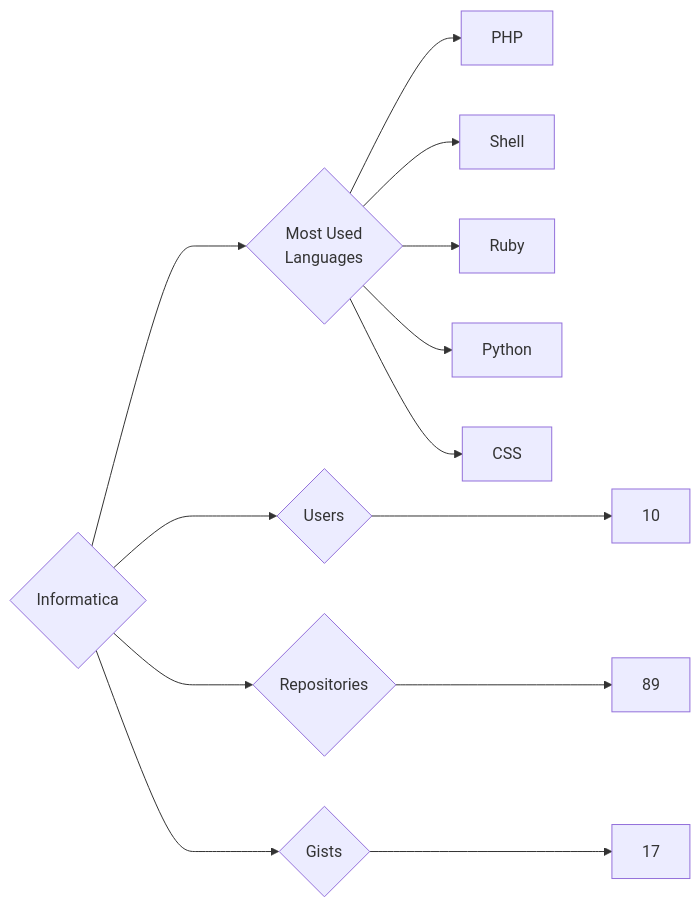
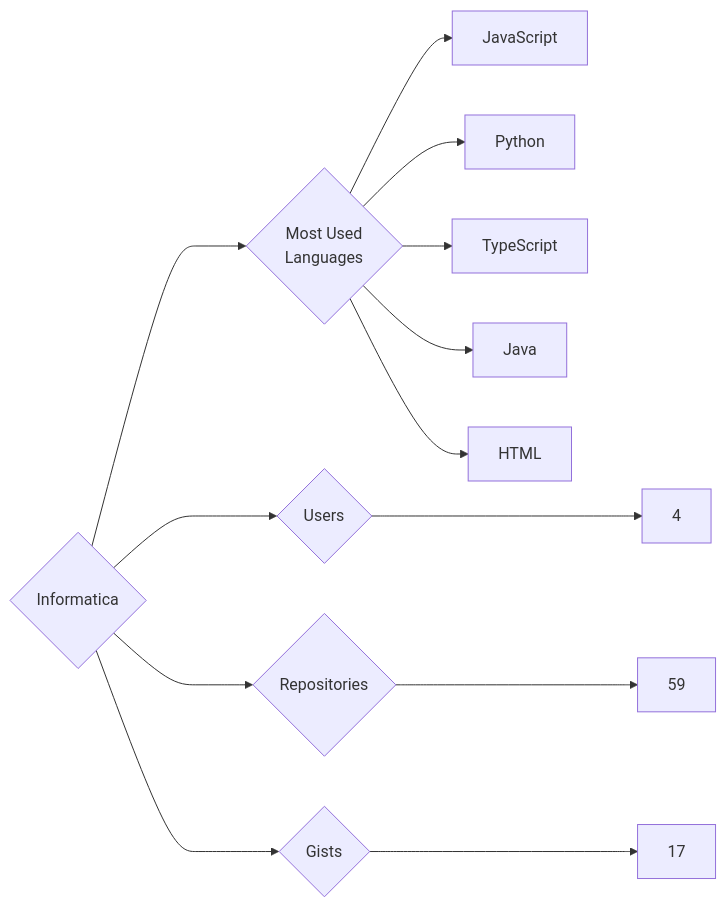
One commit to trickest/insiders changed the diagram in targets/Informatica/README.md. Above: the diagram before and after it, drawn with Mermaid. The commit also changed 1036 other files, not shown here.

````diff
--- a/targets/Informatica/README.md
+++ b/targets/Informatica/README.md
@@ -3,13 +3,13 @@
 ```mermaid
 graph LR
 COMPANY_NAME{Informatica}
-COMPANY_NAME ---> U{Users} ---> UN[10]
-COMPANY_NAME ---> R{Repositories} ---> RN[89]
+COMPANY_NAME ---> U{Users} ---> UN[4]
+COMPANY_NAME ---> R{Repositories} ---> RN[59]
 COMPANY_NAME ---> G{Gists} ---> GN[17]
 COMPANY_NAME ---> ML{Most Used<br>Languages}
-ML --> PHP[PHP]
-ML --> Shell[Shell]
-ML --> Ruby[Ruby]
+ML --> JavaScript[JavaScript]
 ML --> Python[Python]
-ML --> CSS[CSS]
+ML --> TypeScript[TypeScript]
+ML --> Java[Java]
+ML --> HTML[HTML]
 ```
````
